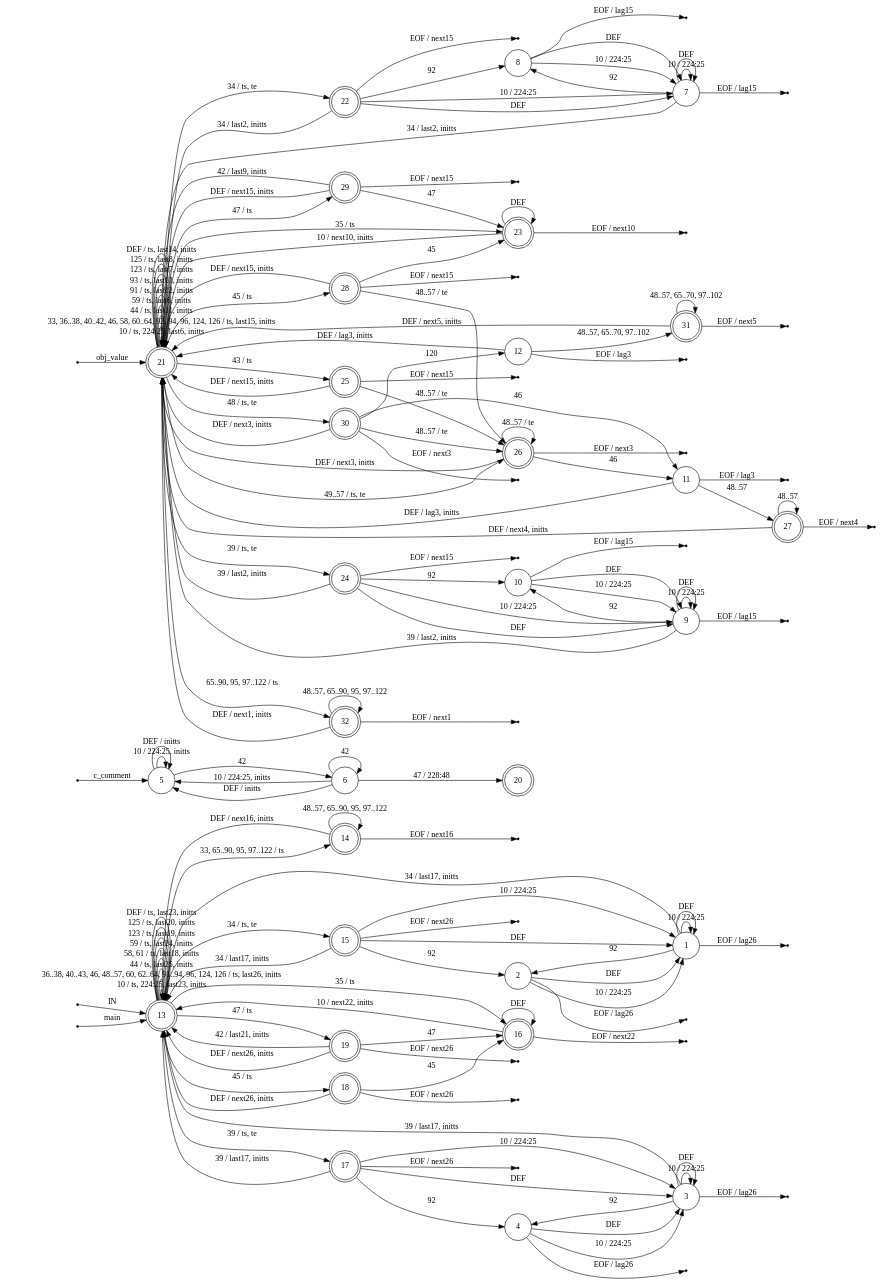
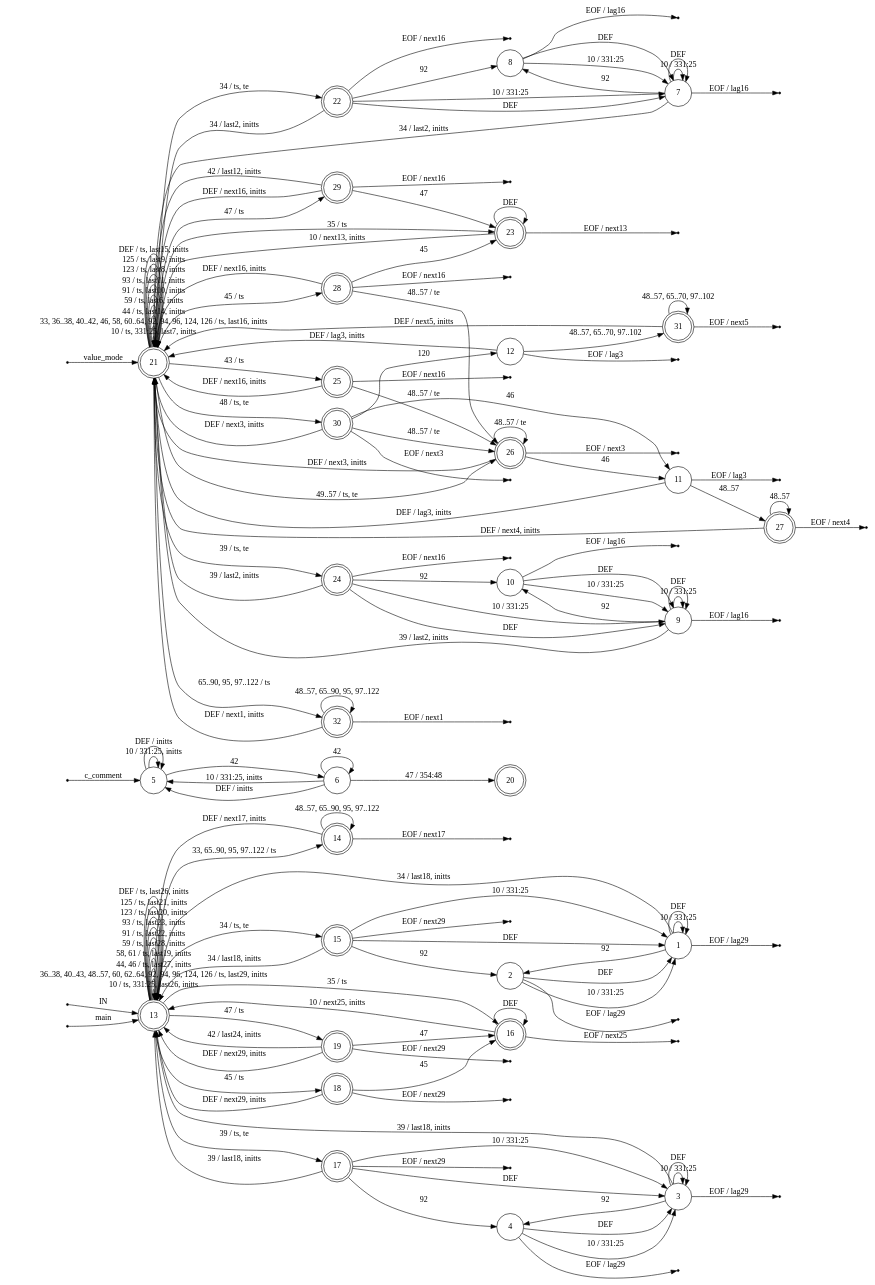
One commit to eyethereal/go-archercl changed the diagram in acl_parser.dot. Above: the diagram before and after it, drawn with Graphviz. The commit also changed 5 other files, not shown here.

```diff
--- a/acl_parser.dot
+++ b/acl_parser.dot
@@ -55,102 +55,104 @@
 	31;
 	32;
 	node [ shape = circle ];
-	1 -> 1 [ label = "10 / 224:25" ];
-	1 -> 13 [ label = "34 / last17, initts" ];
+	1 -> 1 [ label = "10 / 331:25" ];
+	1 -> 13 [ label = "34 / last18, initts" ];
 	1 -> 2 [ label = "92" ];
 	1 -> 1 [ label = "DEF" ];
-	2 -> 1 [ label = "10 / 224:25" ];
+	2 -> 1 [ label = "10 / 331:25" ];
 	2 -> 1 [ label = "DEF" ];
-	3 -> 3 [ label = "10 / 224:25" ];
-	3 -> 13 [ label = "39 / last17, initts" ];
+	3 -> 3 [ label = "10 / 331:25" ];
+	3 -> 13 [ label = "39 / last18, initts" ];
 	3 -> 4 [ label = "92" ];
 	3 -> 3 [ label = "DEF" ];
-	4 -> 3 [ label = "10 / 224:25" ];
+	4 -> 3 [ label = "10 / 331:25" ];
 	4 -> 3 [ label = "DEF" ];
-	5 -> 5 [ label = "10 / 224:25, initts" ];
+	5 -> 5 [ label = "10 / 331:25, initts" ];
 	5 -> 6 [ label = "42" ];
 	5 -> 5 [ label = "DEF / initts" ];
-	6 -> 5 [ label = "10 / 224:25, initts" ];
+	6 -> 5 [ label = "10 / 331:25, initts" ];
 	6 -> 6 [ label = "42" ];
-	6 -> 20 [ label = "47 / 228:48" ];
+	6 -> 20 [ label = "47 / 354:48" ];
 	6 -> 5 [ label = "DEF / initts" ];
-	7 -> 7 [ label = "10 / 224:25" ];
+	7 -> 7 [ label = "10 / 331:25" ];
 	7 -> 21 [ label = "34 / last2, initts" ];
 	7 -> 8 [ label = "92" ];
 	7 -> 7 [ label = "DEF" ];
-	8 -> 7 [ label = "10 / 224:25" ];
+	8 -> 7 [ label = "10 / 331:25" ];
 	8 -> 7 [ label = "DEF" ];
-	9 -> 9 [ label = "10 / 224:25" ];
+	9 -> 9 [ label = "10 / 331:25" ];
 	9 -> 21 [ label = "39 / last2, initts" ];
 	9 -> 10 [ label = "92" ];
 	9 -> 9 [ label = "DEF" ];
-	10 -> 9 [ label = "10 / 224:25" ];
+	10 -> 9 [ label = "10 / 331:25" ];
 	10 -> 9 [ label = "DEF" ];
 	11 -> 27 [ label = "48..57" ];
 	11 -> 21 [ label = "DEF / lag3, initts" ];
 	12 -> 31 [ label = "48..57, 65..70, 97..102" ];
 	12 -> 21 [ label = "DEF / lag3, initts" ];
-	13 -> 13 [ label = "10 / ts, 224:25, last23, initts" ];
+	13 -> 13 [ label = "10 / ts, 331:25, last26, initts" ];
 	13 -> 14 [ label = "33, 65..90, 95, 97..122 / ts" ];
 	13 -> 15 [ label = "34 / ts, te" ];
 	13 -> 16 [ label = "35 / ts" ];
-	13 -> 13 [ label = "36..38, 40..43, 46, 48..57, 60, 62..64, 91..94, 96, 124, 126 / ts, last26, initts" ];
+	13 -> 13 [ label = "36..38, 40..43, 48..57, 60, 62..64, 92, 94, 96, 124, 126 / ts, last29, initts" ];
 	13 -> 17 [ label = "39 / ts, te" ];
-	13 -> 13 [ label = "44 / ts, last25, initts" ];
+	13 -> 13 [ label = "44, 46 / ts, last27, initts" ];
 	13 -> 18 [ label = "45 / ts" ];
 	13 -> 19 [ label = "47 / ts" ];
-	13 -> 13 [ label = "58, 61 / ts, last18, initts" ];
-	13 -> 13 [ label = "59 / ts, last24, initts" ];
-	13 -> 13 [ label = "123 / ts, last19, initts" ];
-	13 -> 13 [ label = "125 / ts, last20, initts" ];
-	13 -> 13 [ label = "DEF / ts, last23, initts" ];
+	13 -> 13 [ label = "58, 61 / ts, last19, initts" ];
+	13 -> 13 [ label = "59 / ts, last28, initts" ];
+	13 -> 13 [ label = "91 / ts, last22, initts" ];
+	13 -> 13 [ label = "93 / ts, last23, initts" ];
+	13 -> 13 [ label = "123 / ts, last20, initts" ];
+	13 -> 13 [ label = "125 / ts, last21, initts" ];
+	13 -> 13 [ label = "DEF / ts, last26, initts" ];
 	14 -> 14 [ label = "48..57, 65..90, 95, 97..122" ];
-	14 -> 13 [ label = "DEF / next16, initts" ];
-	15 -> 1 [ label = "10 / 224:25" ];
-	15 -> 13 [ label = "34 / last17, initts" ];
+	14 -> 13 [ label = "DEF / next17, initts" ];
+	15 -> 1 [ label = "10 / 331:25" ];
+	15 -> 13 [ label = "34 / last18, initts" ];
 	15 -> 2 [ label = "92" ];
 	15 -> 1 [ label = "DEF" ];
-	16 -> 13 [ label = "10 / next22, initts" ];
+	16 -> 13 [ label = "10 / next25, initts" ];
 	16 -> 16 [ label = "DEF" ];
-	17 -> 3 [ label = "10 / 224:25" ];
-	17 -> 13 [ label = "39 / last17, initts" ];
+	17 -> 3 [ label = "10 / 331:25" ];
+	17 -> 13 [ label = "39 / last18, initts" ];
 	17 -> 4 [ label = "92" ];
 	17 -> 3 [ label = "DEF" ];
 	18 -> 16 [ label = "45" ];
-	18 -> 13 [ label = "DEF / next26, initts" ];
-	19 -> 13 [ label = "42 / last21, initts" ];
+	18 -> 13 [ label = "DEF / next29, initts" ];
+	19 -> 13 [ label = "42 / last24, initts" ];
 	19 -> 16 [ label = "47" ];
-	19 -> 13 [ label = "DEF / next26, initts" ];
-	21 -> 21 [ label = "10 / ts, 224:25, last6, initts" ];
-	21 -> 21 [ label = "33, 36..38, 40..42, 46, 58, 60..64, 92, 94, 96, 124, 126 / ts, last15, initts" ];
+	19 -> 13 [ label = "DEF / next29, initts" ];
+	21 -> 21 [ label = "10 / ts, 331:25, last7, initts" ];
+	21 -> 21 [ label = "33, 36..38, 40..42, 46, 58, 60..64, 92, 94, 96, 124, 126 / ts, last16, initts" ];
 	21 -> 22 [ label = "34 / ts, te" ];
 	21 -> 23 [ label = "35 / ts" ];
 	21 -> 24 [ label = "39 / ts, te" ];
 	21 -> 25 [ label = "43 / ts" ];
-	21 -> 21 [ label = "44 / ts, last11, initts" ];
+	21 -> 21 [ label = "44 / ts, last14, initts" ];
 	21 -> 28 [ label = "45 / ts" ];
 	21 -> 29 [ label = "47 / ts" ];
 	21 -> 30 [ label = "48 / ts, te" ];
 	21 -> 26 [ label = "49..57 / ts, te" ];
 	21 -> 21 [ label = "59 / ts, last6, initts" ];
 	21 -> 32 [ label = "65..90, 95, 97..122 / ts" ];
-	21 -> 21 [ label = "91 / ts, last12, initts" ];
-	21 -> 21 [ label = "93 / ts, last13, initts" ];
-	21 -> 21 [ label = "123 / ts, last7, initts" ];
-	21 -> 21 [ label = "125 / ts, last8, initts" ];
-	21 -> 21 [ label = "DEF / ts, last14, initts" ];
-	22 -> 7 [ label = "10 / 224:25" ];
+	21 -> 21 [ label = "91 / ts, last10, initts" ];
+	21 -> 21 [ label = "93 / ts, last11, initts" ];
+	21 -> 21 [ label = "123 / ts, last8, initts" ];
+	21 -> 21 [ label = "125 / ts, last9, initts" ];
+	21 -> 21 [ label = "DEF / ts, last15, initts" ];
+	22 -> 7 [ label = "10 / 331:25" ];
 	22 -> 21 [ label = "34 / last2, initts" ];
 	22 -> 8 [ label = "92" ];
 	22 -> 7 [ label = "DEF" ];
-	23 -> 21 [ label = "10 / next10, initts" ];
+	23 -> 21 [ label = "10 / next13, initts" ];
 	23 -> 23 [ label = "DEF" ];
-	24 -> 9 [ label = "10 / 224:25" ];
+	24 -> 9 [ label = "10 / 331:25" ];
 	24 -> 21 [ label = "39 / last2, initts" ];
 	24 -> 10 [ label = "92" ];
 	24 -> 9 [ label = "DEF" ];
 	25 -> 26 [ label = "48..57 / te" ];
-	25 -> 21 [ label = "DEF / next15, initts" ];
+	25 -> 21 [ label = "DEF / next16, initts" ];
 	26 -> 11 [ label = "46" ];
 	26 -> 26 [ label = "48..57 / te" ];
 	26 -> 21 [ label = "DEF / next3, initts" ];
@@ -158,10 +160,10 @@
 	27 -> 21 [ label = "DEF / next4, initts" ];
 	28 -> 23 [ label = "45" ];
 	28 -> 26 [ label = "48..57 / te" ];
-	28 -> 21 [ label = "DEF / next15, initts" ];
-	29 -> 21 [ label = "42 / last9, initts" ];
+	28 -> 21 [ label = "DEF / next16, initts" ];
+	29 -> 21 [ label = "42 / last12, initts" ];
 	29 -> 23 [ label = "47" ];
-	29 -> 21 [ label = "DEF / next15, initts" ];
+	29 -> 21 [ label = "DEF / next16, initts" ];
 	30 -> 11 [ label = "46" ];
 	30 -> 26 [ label = "48..57 / te" ];
 	30 -> 12 [ label = "120" ];
@@ -172,32 +174,32 @@
 	32 -> 21 [ label = "DEF / next1, initts" ];
 	ENTRY -> 13 [ label = "IN" ];
 	en_5 -> 5 [ label = "c_comment" ];
-	en_21 -> 21 [ label = "obj_value" ];
+	en_21 -> 21 [ label = "value_mode" ];
 	en_13 -> 13 [ label = "main" ];
-	1 -> eof_1 [ label = "EOF / lag26" ];
-	2 -> eof_2 [ label = "EOF / lag26" ];
-	3 -> eof_3 [ label = "EOF / lag26" ];
-	4 -> eof_4 [ label = "EOF / lag26" ];
-	7 -> eof_7 [ label = "EOF / lag15" ];
-	8 -> eof_8 [ label = "EOF / lag15" ];
-	9 -> eof_9 [ label = "EOF / lag15" ];
-	10 -> eof_10 [ label = "EOF / lag15" ];
+	1 -> eof_1 [ label = "EOF / lag29" ];
+	2 -> eof_2 [ label = "EOF / lag29" ];
+	3 -> eof_3 [ label = "EOF / lag29" ];
+	4 -> eof_4 [ label = "EOF / lag29" ];
+	7 -> eof_7 [ label = "EOF / lag16" ];
+	8 -> eof_8 [ label = "EOF / lag16" ];
+	9 -> eof_9 [ label = "EOF / lag16" ];
+	10 -> eof_10 [ label = "EOF / lag16" ];
 	11 -> eof_11 [ label = "EOF / lag3" ];
 	12 -> eof_12 [ label = "EOF / lag3" ];
-	14 -> eof_14 [ label = "EOF / next16" ];
-	15 -> eof_15 [ label = "EOF / next26" ];
-	16 -> eof_16 [ label = "EOF / next22" ];
-	17 -> eof_17 [ label = "EOF / next26" ];
-	18 -> eof_18 [ label = "EOF / next26" ];
-	19 -> eof_19 [ label = "EOF / next26" ];
-	22 -> eof_22 [ label = "EOF / next15" ];
-	23 -> eof_23 [ label = "EOF / next10" ];
-	24 -> eof_24 [ label = "EOF / next15" ];
-	25 -> eof_25 [ label = "EOF / next15" ];
+	14 -> eof_14 [ label = "EOF / next17" ];
+	15 -> eof_15 [ label = "EOF / next29" ];
+	16 -> eof_16 [ label = "EOF / next25" ];
+	17 -> eof_17 [ label = "EOF / next29" ];
+	18 -> eof_18 [ label = "EOF / next29" ];
+	19 -> eof_19 [ label = "EOF / next29" ];
+	22 -> eof_22 [ label = "EOF / next16" ];
+	23 -> eof_23 [ label = "EOF / next13" ];
+	24 -> eof_24 [ label = "EOF / next16" ];
+	25 -> eof_25 [ label = "EOF / next16" ];
 	26 -> eof_26 [ label = "EOF / next3" ];
 	27 -> eof_27 [ label = "EOF / next4" ];
-	28 -> eof_28 [ label = "EOF / next15" ];
-	29 -> eof_29 [ label = "EOF / next15" ];
+	28 -> eof_28 [ label = "EOF / next16" ];
+	29 -> eof_29 [ label = "EOF / next16" ];
 	30 -> eof_30 [ label = "EOF / next3" ];
 	31 -> eof_31 [ label = "EOF / next5" ];
 	32 -> eof_32 [ label = "EOF / next1" ];
```
